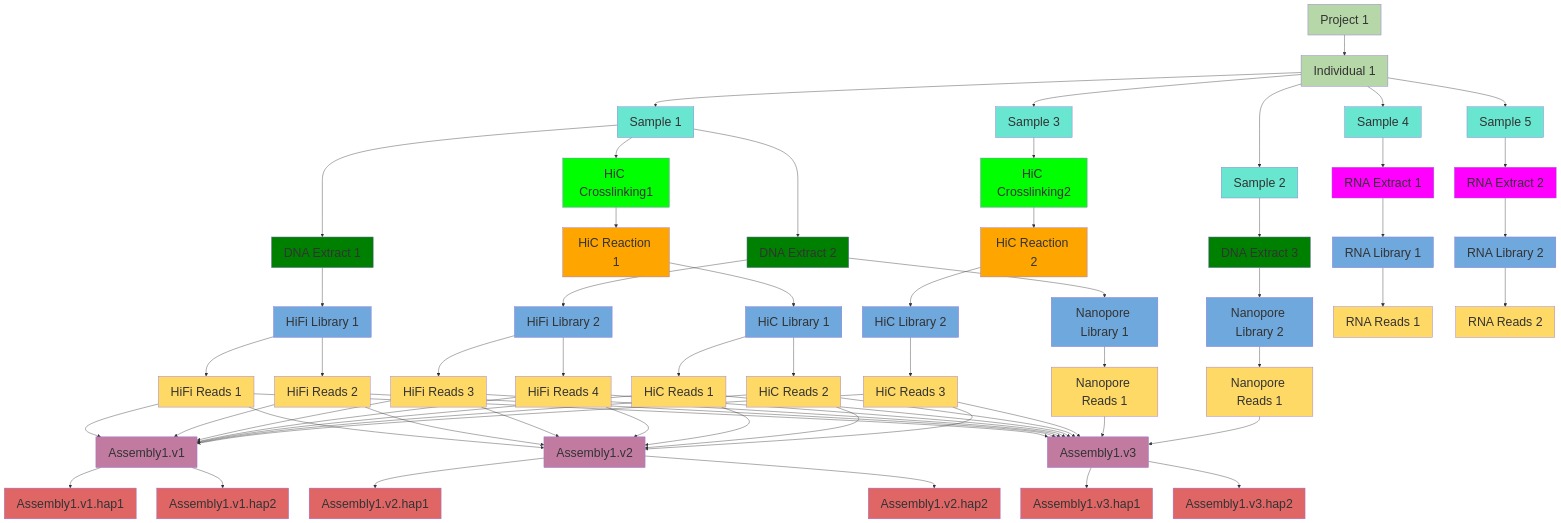
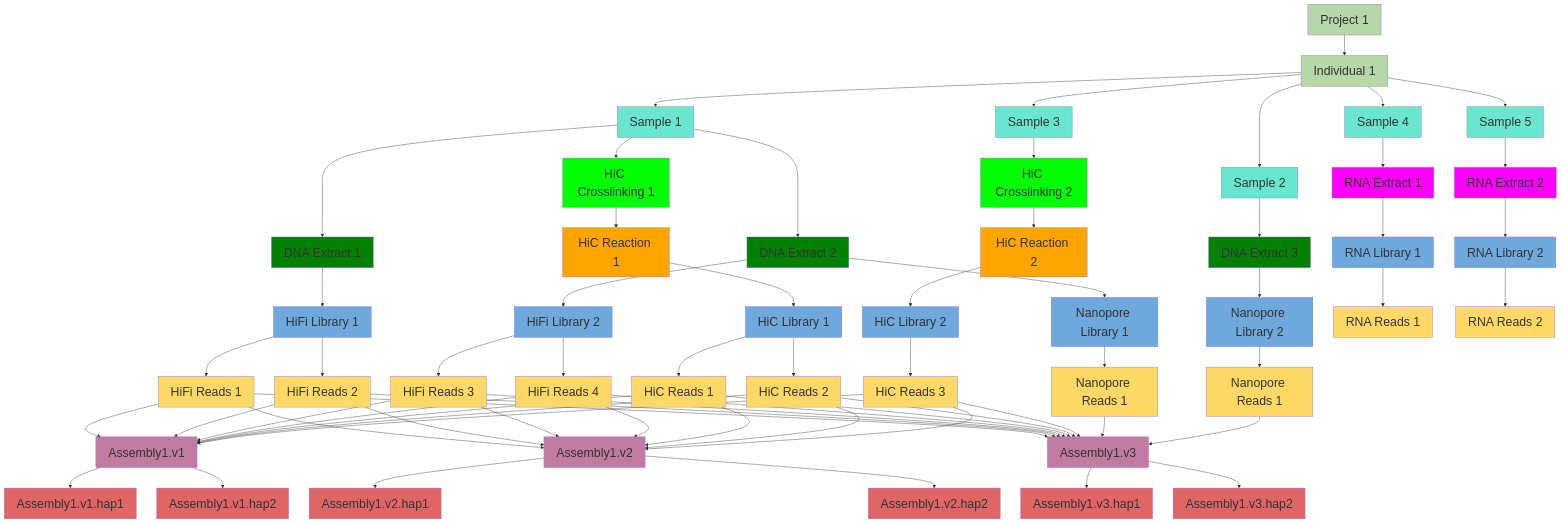
The first of 2 diagrams in ID/IDscheme.md (mahajrod/YggdrasilProtocols), drawn with Mermaid before and after one commit. The commit also changed other lines of this file, not shown here.

```diff
--- a/ID/IDscheme.md
+++ b/ID/IDscheme.md
@@ -12,8 +12,8 @@
     Sample1 --> DNAExtract1[DNA Extract 1]:::DNAExtract
     Sample1 --> DNAExtract2[DNA Extract 2]:::DNAExtract
     Sample2 --> DNAExtract3[DNA Extract 3]:::DNAExtract
-    Sample1 --> HiCCrosslinking1["HiC Crosslinking1"]:::HiCCrosslinking 
-    Sample3 --> HiCCrosslinking2["HiC Crosslinking2"]:::HiCCrosslinking
+    Sample1 --> HiCCrosslinking1["HiC Crosslinking 1"]:::HiCCrosslinking 
+    Sample3 --> HiCCrosslinking2["HiC Crosslinking 2"]:::HiCCrosslinking
     
     Sample4 --> RNAExtract1["RNA Extract 1"]:::RNAExtract
     Sample5 -->RNAExtract2["RNA Extract 2"]:::RNAExtract
```
